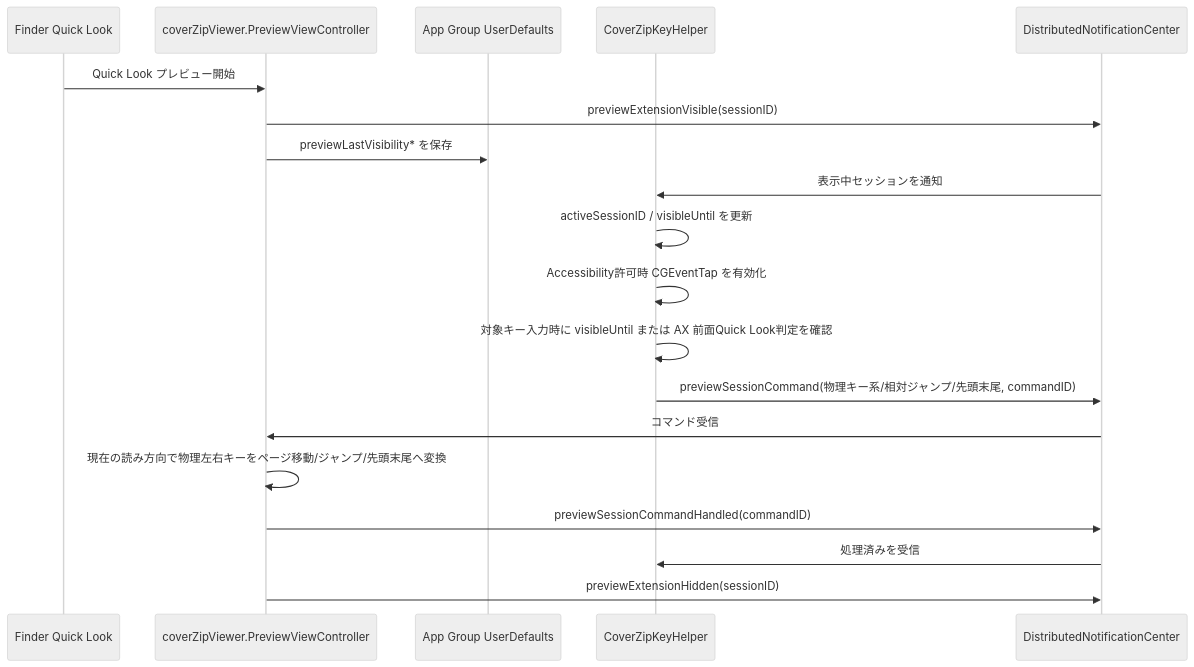
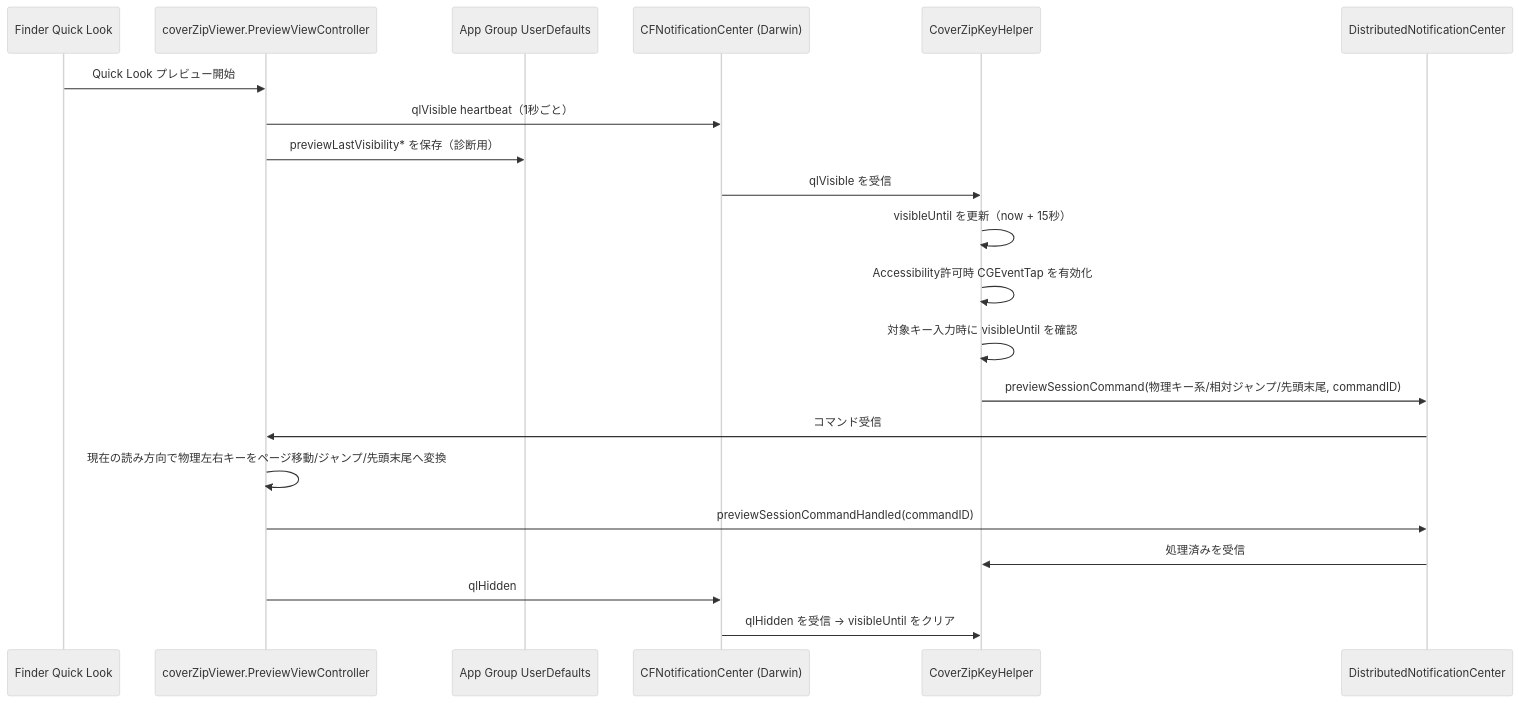
Before and after one commit to Nihondo/CoverZip: the fourth of 6 diagrams in flow.md, drawn with Mermaid (neutral theme). The commit also changed other lines of this file and 4 other files, not shown here.

````diff
--- a/flow.md
+++ b/flow.md
@@ -115,22 +116,24 @@
 ```mermaid
 sequenceDiagram
     participant Finder as Finder Quick Look
     participant Preview as coverZipViewer.PreviewViewController
     participant Defaults as App Group UserDefaults
+    participant Darwin as CFNotificationCenter (Darwin)
     participant Key as CoverZipKeyHelper
     participant DNC as DistributedNotificationCenter
 
     Finder->>Preview: Quick Look プレビュー開始
-    Preview->>DNC: previewExtensionVisible(sessionID)
-    Preview->>Defaults: previewLastVisibility* を保存
-    DNC->>Key: 表示中セッションを通知
-    Key->>Key: activeSessionID / visibleUntil を更新
+    Preview->>Darwin: qlVisible heartbeat（1秒ごと）
+    Preview->>Defaults: previewLastVisibility* を保存（診断用）
+    Darwin->>Key: qlVisible を受信
+    Key->>Key: visibleUntil を更新（now + 15秒）
     Key->>Key: Accessibility許可時 CGEventTap を有効化
-    Key->>Key: 対象キー入力時に visibleUntil または AX 前面Quick Look判定を確認
+    Key->>Key: 対象キー入力時に visibleUntil を確認
     Key->>DNC: previewSessionCommand(物理キー系/相対ジャンプ/先頭末尾, commandID)
     DNC->>Preview: コマンド受信
     Preview->>Preview: 現在の読み方向で物理左右キーをページ移動/ジャンプ/先頭末尾へ変換
     Preview->>DNC: previewSessionCommandHandled(commandID)
     DNC->>Key: 処理済みを受信
-    Preview->>DNC: previewExtensionHidden(sessionID)
+    Preview->>Darwin: qlHidden
+    Darwin->>Key: qlHidden を受信 → visibleUntil をクリア
 ```
````
